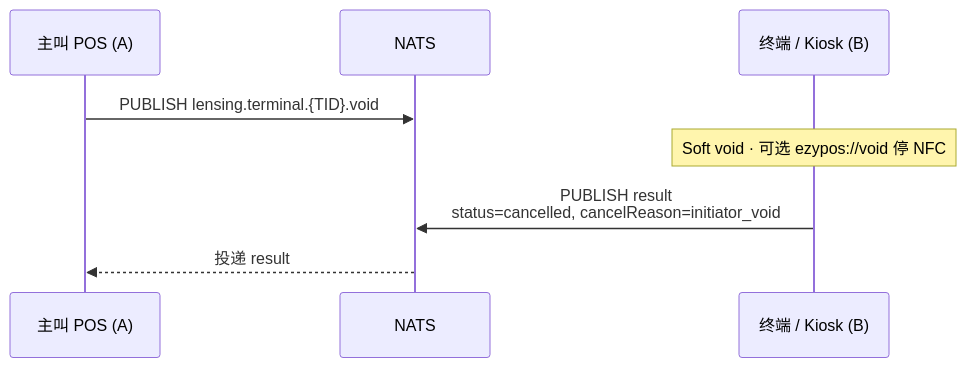
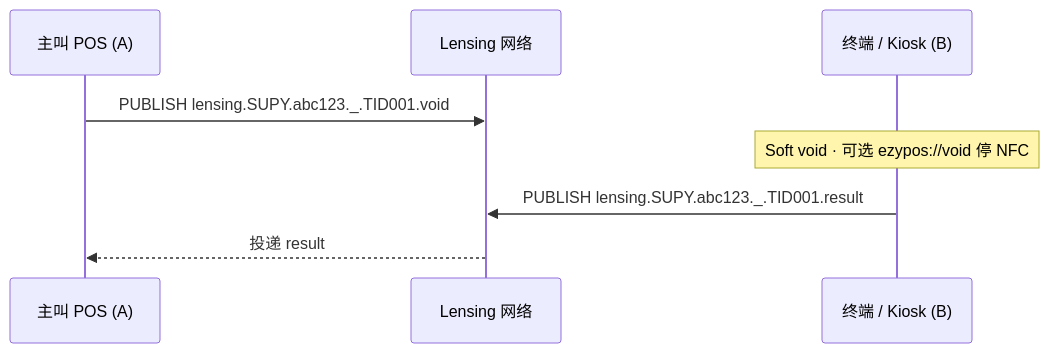
Before and after one commit to posrouter/protocol-specs: the first of 5 diagrams in level-2-lensing_cn.md, drawn with Mermaid. The commit also changed other lines of this file and 9 other files, not shown here.

````diff
--- a/level-2-lensing_cn.md
+++ b/level-2-lensing_cn.md
@@ -115,11 +182,11 @@
 ```mermaid
 sequenceDiagram
     participant A as 主叫 POS (A)
-    participant NATS as NATS
+    participant L as Lensing 网络
     participant B as 终端 / Kiosk (B)
 
-    A->>NATS: PUBLISH lensing.terminal.{TID}.void
+    A->>L: PUBLISH lensing.SUPY.abc123._.TID001.void
     Note over B: Soft void · 可选 ezypos://void 停 NFC
-    B->>NATS: PUBLISH result<br>status=cancelled, cancelReason=initiator_void
-    NATS-->>A: 投递 result
+    B->>L: PUBLISH lensing.SUPY.abc123._.TID001.result
+    L-->>A: 投递 result
 ```
````
